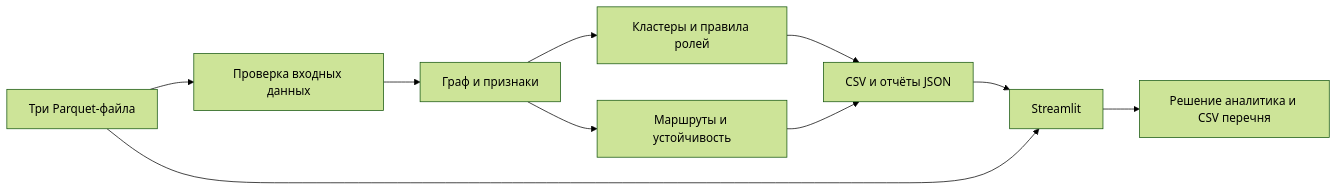
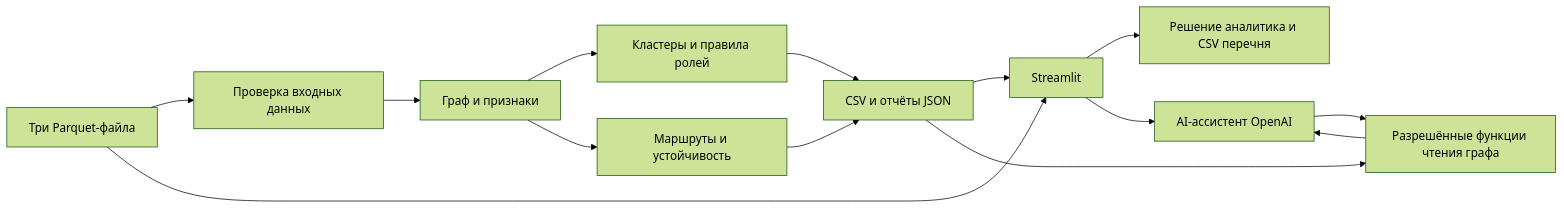
The diagram in README.md (BAITC-Hacks/hack-144ec83b-epiq), drawn with Mermaid (forest theme) before and after one commit. The commit also changed other lines of this file and 14 other files, not shown here.

Commit message:
feat: connect analyst assistant to OpenAI graph tools

````diff
--- a/README.md
+++ b/README.md
@@ -104,12 +110,16 @@
 ```mermaid
 flowchart LR
     A[Три Parquet-файла] --> B[Проверка входных данных]
     B --> C[Граф и признаки]
     C --> D[Кластеры и правила ролей]
     C --> E[Маршруты и устойчивость]
     D --> F[CSV и отчёты JSON]
     E --> F
     F --> G[Streamlit]
     A --> G
     G --> H[Решение аналитика и CSV перечня]
+    G --> I[AI-ассистент OpenAI]
+    I --> J[Разрешённые функции чтения графа]
+    F --> J
+    J --> I
 ```
````
